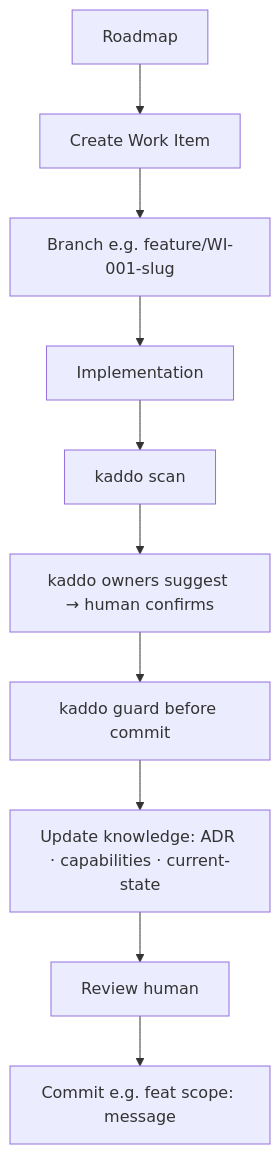
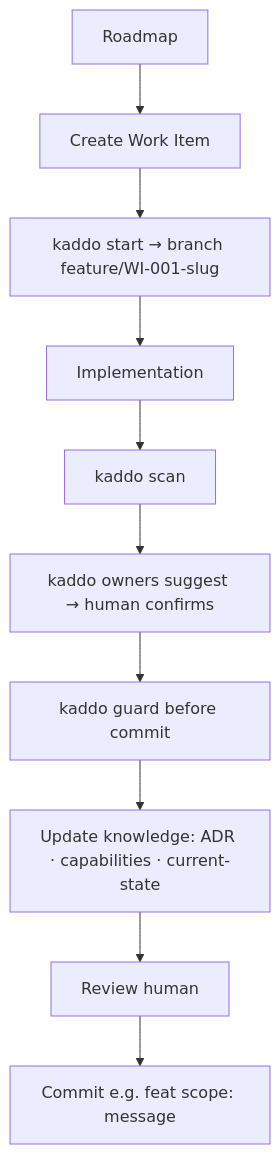
One commit to Kaddo-kdd/kaddo changed the ninth of 12 diagrams in apps/docs/src/content/docs/visual-guide.md. Above: the diagram before and after it, drawn with Mermaid. The commit also changed other lines of this file and 19 other files, not shown here.

First line of the commit message:
feat(cli): kaddo start creates the work-item branch (VS-036)

````diff
--- a/apps/docs/src/content/docs/visual-guide.md
+++ b/apps/docs/src/content/docs/visual-guide.md
@@ -232,12 +232,12 @@
 ```mermaid
 flowchart TD
     A[Roadmap] --> B[Create Work Item]
-    B --> C[Branch e.g. feature/WI-001-slug]
+    B --> C[kaddo start → branch feature/WI-001-slug]
     C --> D[Implementation]
     D --> E[kaddo scan]
     E --> F[kaddo owners suggest → human confirms]
     F --> G[kaddo guard before commit]
     G --> H[Update knowledge: ADR · capabilities · current-state]
     H --> I[Review human]
     I --> J[Commit e.g. feat scope: message]
 ```
````
